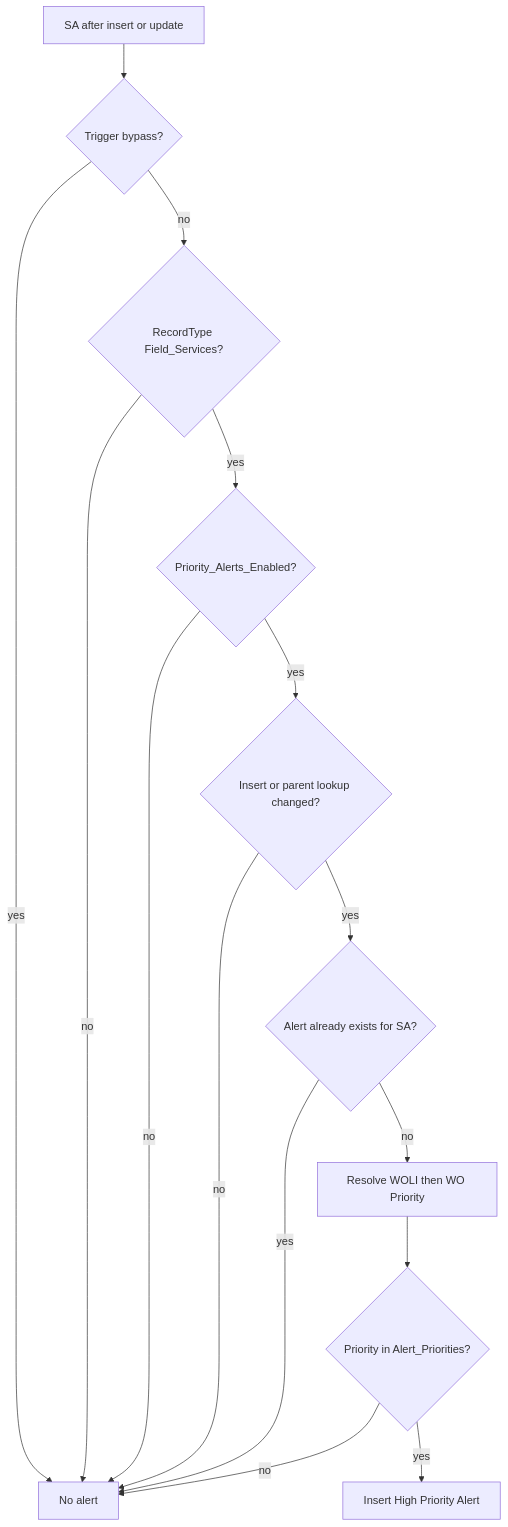
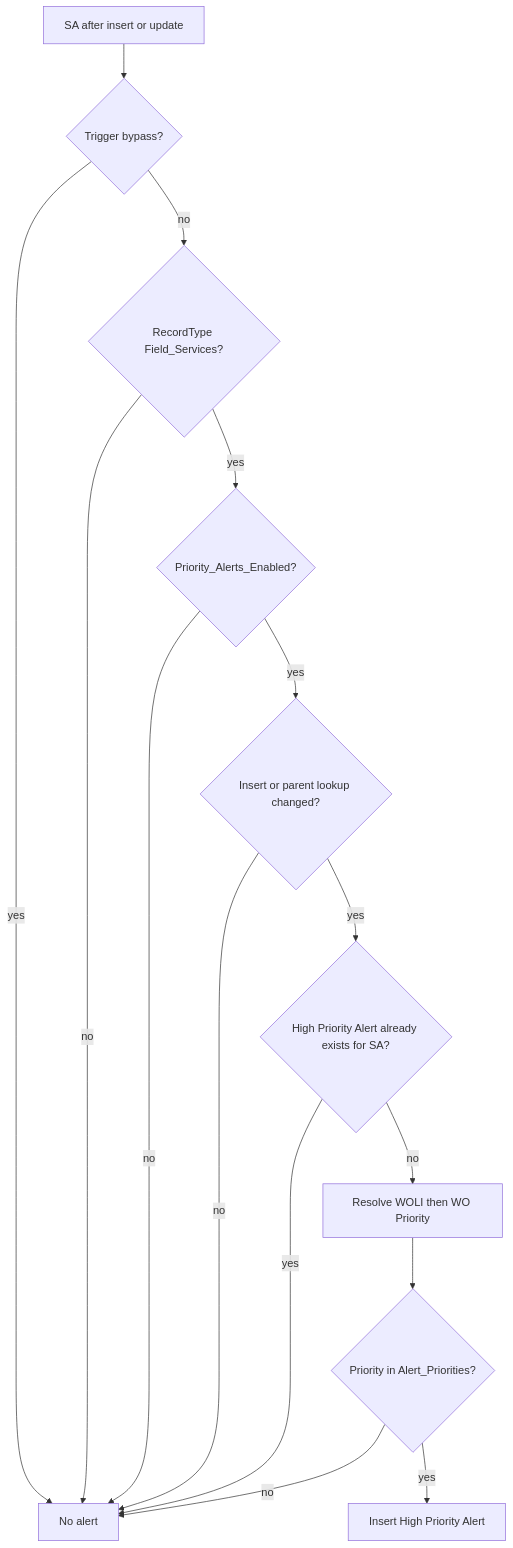
One commit to SaiChinta/job-alert-component changed the third of 5 diagrams in docs/FS_Alert_Center_Design.md. Above: the diagram before and after it, drawn with Mermaid. The commit also changed other lines of this file and 22 other files, not shown here.

````diff
--- a/docs/FS_Alert_Center_Design.md
+++ b/docs/FS_Alert_Center_Design.md
@@ -195,17 +192,17 @@
 ```mermaid
 flowchart TD
     Start[SA after insert or update] --> Bypass{Trigger bypass?}
     Bypass -->|yes| Stop1[No alert]
     Bypass -->|no| Rt{RecordType Field_Services?}
     Rt -->|no| Stop1
     Rt -->|yes| Flag{Priority_Alerts_Enabled?}
     Flag -->|no| Stop1
     Flag -->|yes| Parent{Insert or parent lookup changed?}
     Parent -->|no| Stop1
-    Parent -->|yes| Exists{Alert already exists for SA?}
+    Parent -->|yes| Exists{High Priority Alert already exists for SA?}
     Exists -->|yes| Stop1
     Exists -->|no| Pri[Resolve WOLI then WO Priority]
     Pri --> Match{Priority in Alert_Priorities?}
     Match -->|no| Stop1
     Match -->|yes| Insert[Insert High Priority Alert]
 ```
````
